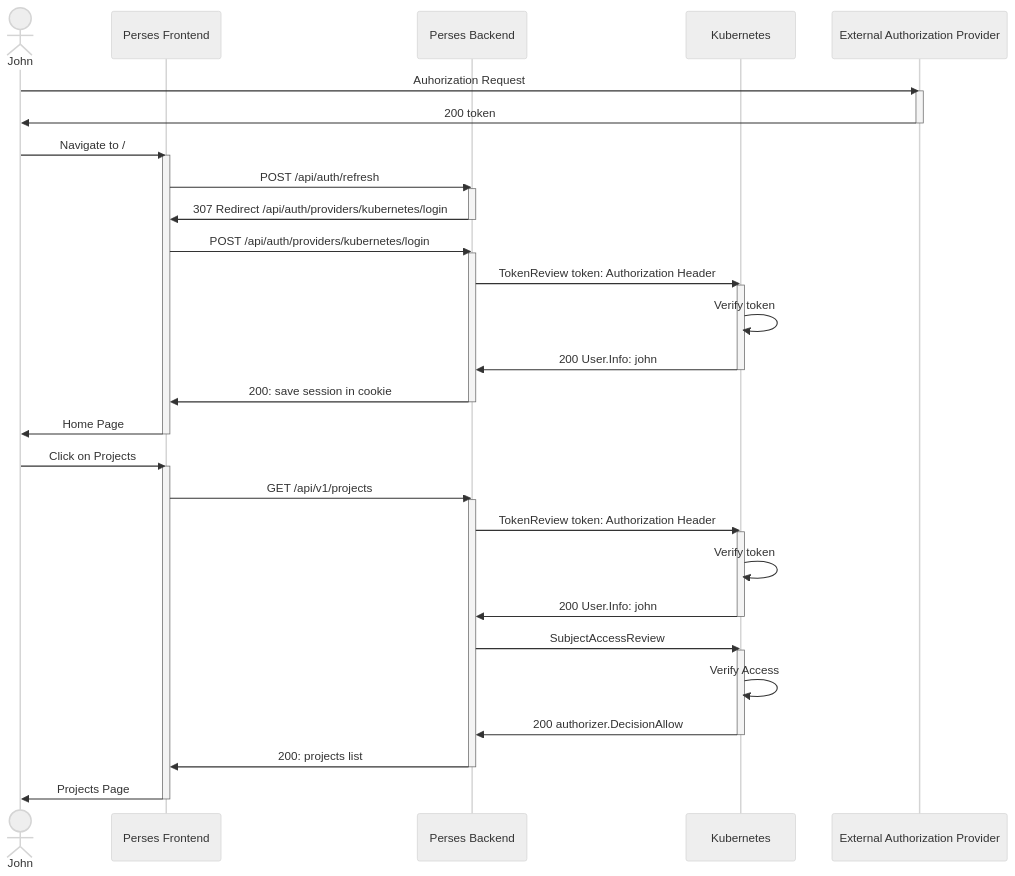
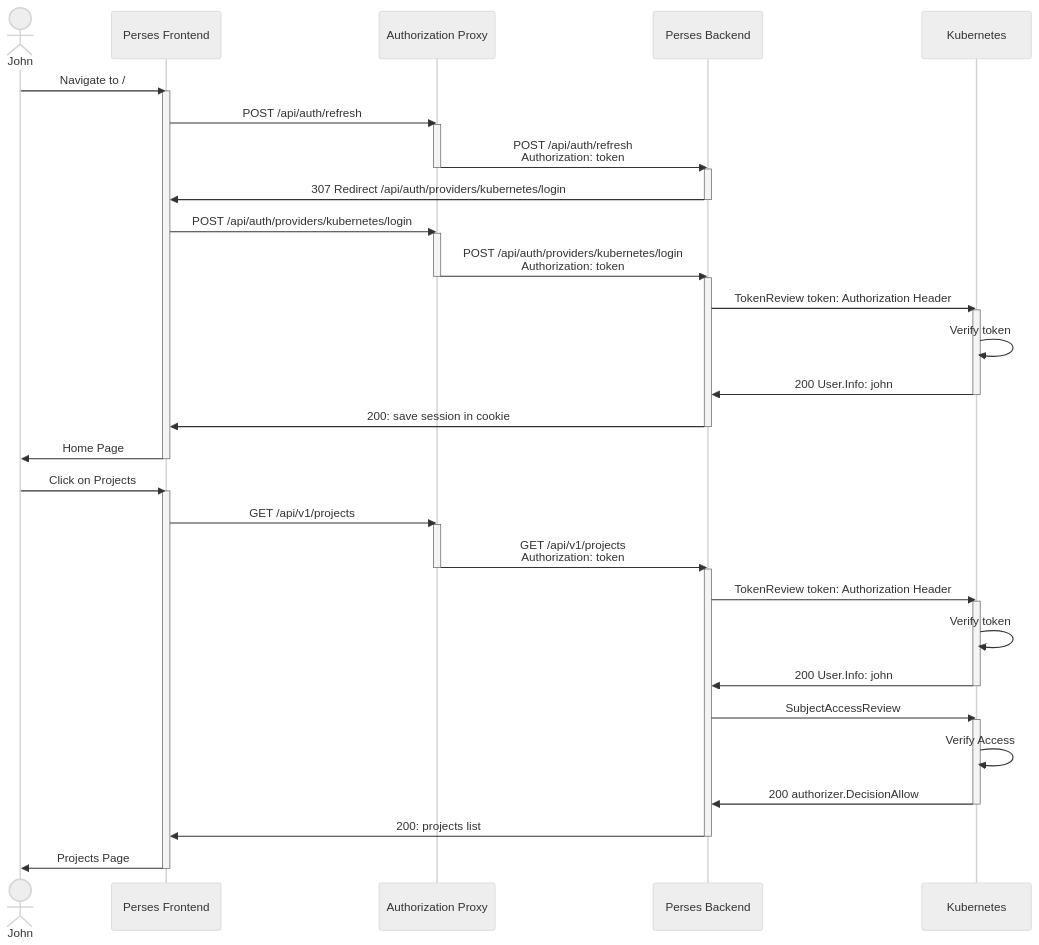
The seventh of 8 diagrams in docs/concepts/authentication.md (perses/perses), drawn with Mermaid (neutral theme) before and after one commit. The commit also changed other lines of this file, not shown here.

Commit message:
[IGNORE] update sequence diagrams to show k8s auth flows

````diff
--- a/docs/concepts/authentication.md
+++ b/docs/concepts/authentication.md
@@ -413,48 +413,53 @@
 ```mermaid
 sequenceDiagram
     actor hu as John
     participant br as Perses Frontend
+    participant ap as Authorization Proxy
     participant rp as Perses Backend
     participant k8s as Kubernetes
-    participant ap as External Authorization Provider
 
-    hu->>ap: Auhorization Request
-    activate ap
-    ap->>hu: 200 token
-    deactivate ap
     hu->>br: Navigate to /
     activate br
-    br->>rp: POST /api/auth/refresh
+    br->>ap: POST /api/auth/refresh
+    activate ap
+    ap->>rp: POST /api/auth/refresh <br> Authorization: token
+    deactivate ap
     activate rp
     rp->>br: 307 Redirect /api/auth/providers/kubernetes/login
     deactivate rp
-    br->>rp: POST /api/auth/providers/kubernetes/login
+    br->>ap: POST /api/auth/providers/kubernetes/login
+    activate ap
+    ap->>rp: POST /api/auth/providers/kubernetes/login <br> Authorization: token
+    deactivate ap
     activate rp
     rp->>k8s: TokenReview token: Authorization Header
     activate k8s
     k8s->>k8s: Verify token
     k8s->>rp: 200 User.Info: john
     deactivate k8s
     rp->>br: 200: save session in cookie
     deactivate rp
     br->>hu: Home Page
     deactivate br
     hu->>br: Click on Projects
     activate br
-    br->>rp: GET /api/v1/projects
+    br->>ap: GET /api/v1/projects
+    activate ap
+    ap->>rp: GET /api/v1/projects <br> Authorization: token
+    deactivate ap
     activate rp
     rp->>k8s: TokenReview token: Authorization Header
     activate k8s
     k8s->>k8s: Verify token
     k8s->>rp: 200 User.Info: john
     deactivate k8s
     rp->>k8s: SubjectAccessReview
     activate k8s
     k8s->>k8s: Verify Access
     k8s->>rp: 200 authorizer.DecisionAllow
     deactivate k8s
     rp->>br: 200: projects list
     deactivate rp
     br->>hu: Projects Page
     deactivate br
 ```
````
